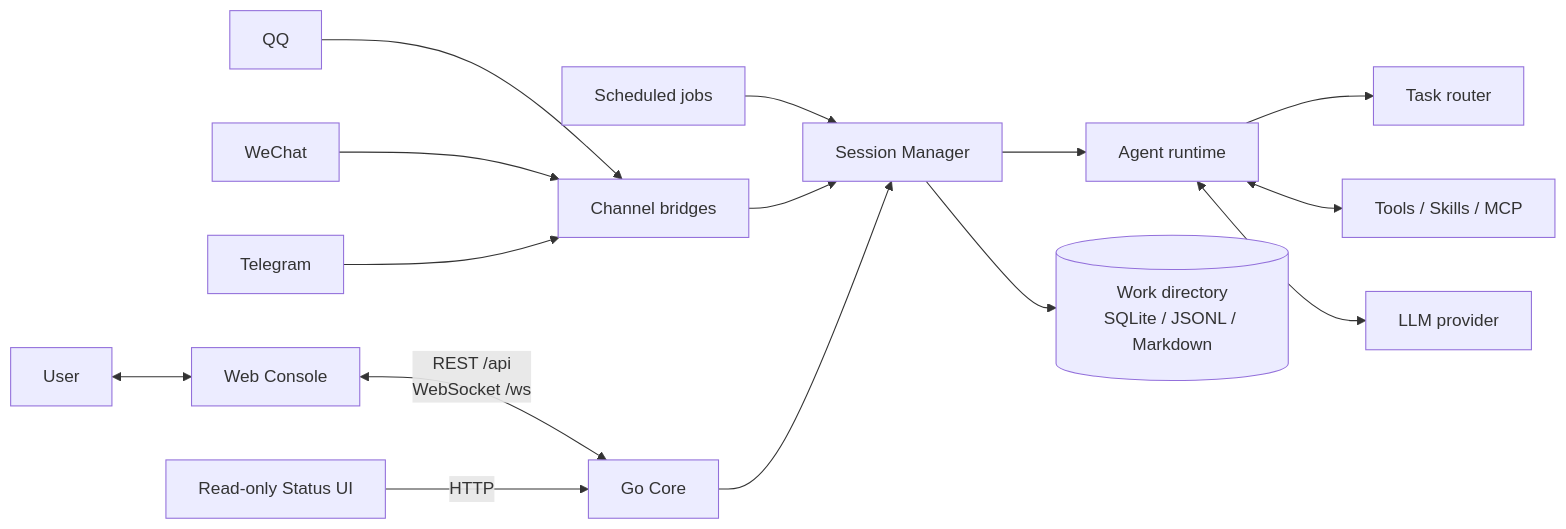
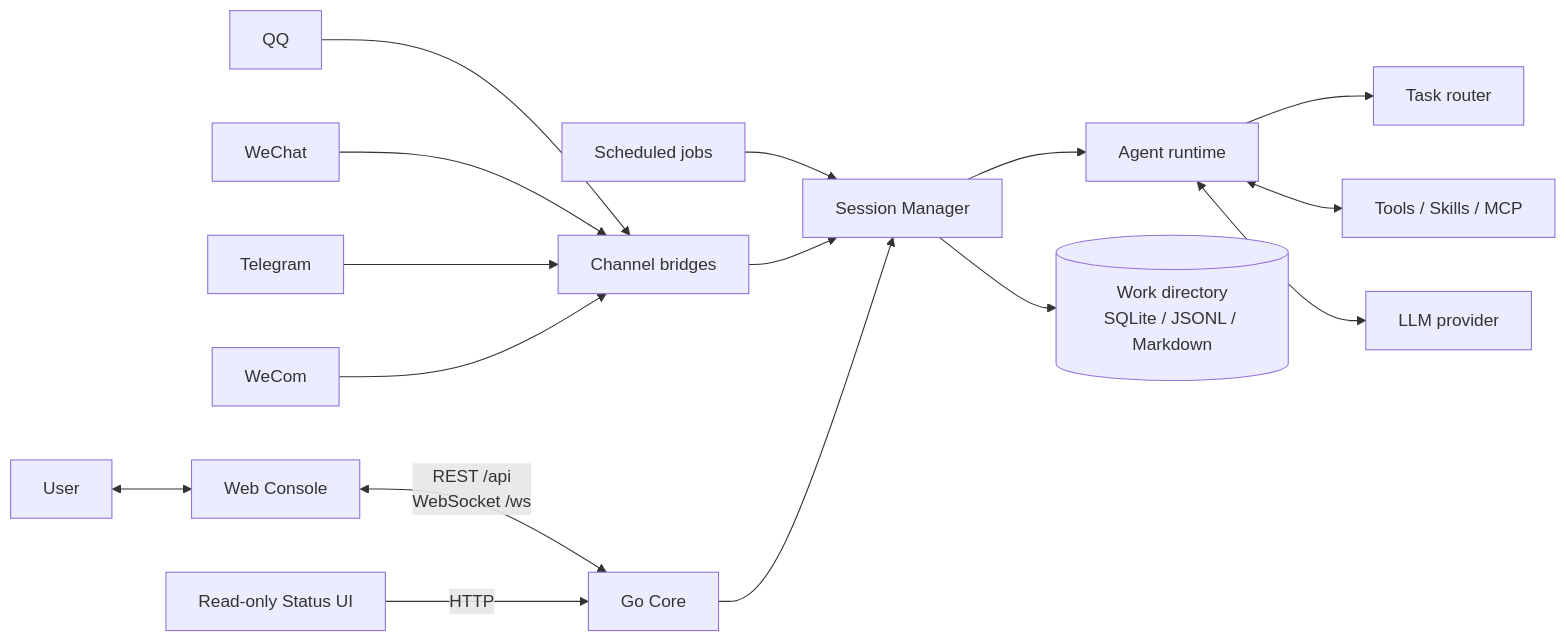
The first of 2 diagrams in docs/architecture.md (Fize/soloQueue), drawn with Mermaid before and after one commit. The commit also changed other lines of this file and 37 other files, not shown here.

````diff
--- a/docs/architecture.md
+++ b/docs/architecture.md
@@ -11,17 +11,18 @@
 ```mermaid
 flowchart LR
   User[User] <--> Web[Web Console]
   Web <-->|REST /api<br/>WebSocket /ws| Core[Go Core]
   Status[Read-only Status UI] -->|HTTP| Core
   QQ[QQ] --> Bridge[Channel bridges]
   WeChat[WeChat] --> Bridge
   Telegram[Telegram] --> Bridge
+  WeCom[WeCom] --> Bridge
   Cron[Scheduled jobs] --> Sessions[Session Manager]
   Bridge --> Sessions
   Core --> Sessions
   Sessions --> Agent[Agent runtime]
   Agent --> Router[Task router]
   Agent <--> Tools[Tools / Skills / MCP]
   Agent <--> LLM[LLM provider]
   Sessions --> Data[(Work directory<br/>SQLite / JSONL / Markdown)]
 ```
````
